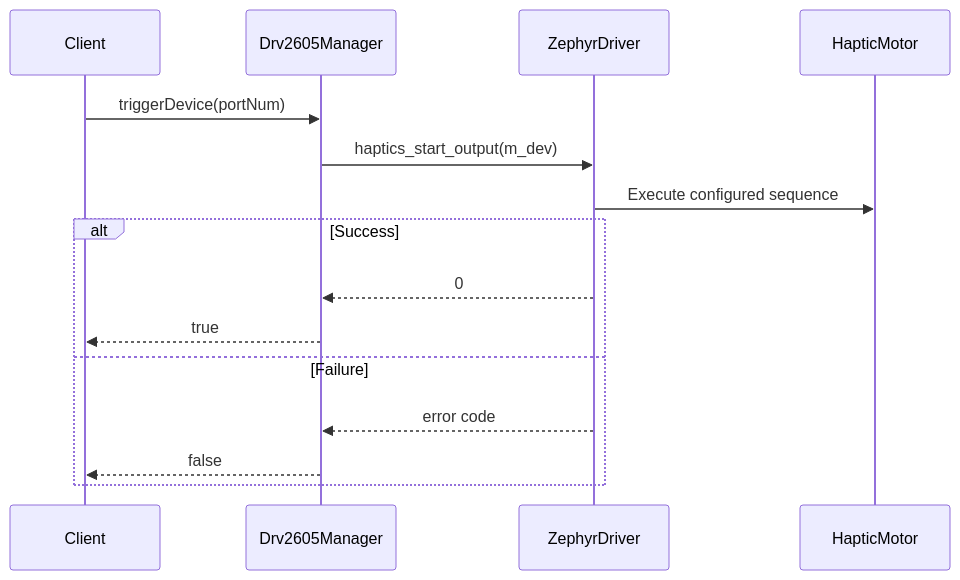
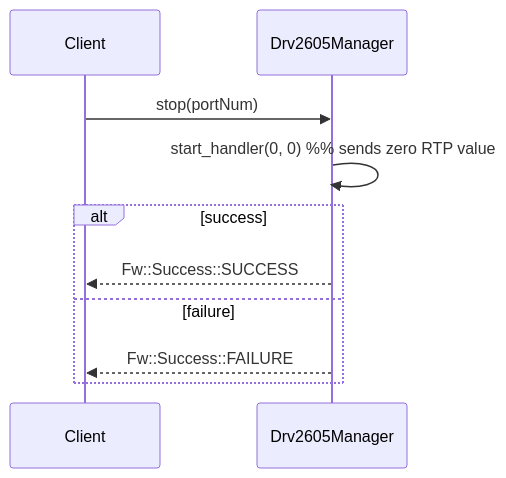
The fourth of 4 diagrams in FprimeZephyrReference/Components/Drv/Drv2605Manager/docs/sdd.md (Open-Source-Space-Foundation/proves-core-reference), drawn with Mermaid before and after one commit. The commit also changed other lines of this file and 4 other files, not shown here.

````diff
--- a/FprimeZephyrReference/Components/Drv/Drv2605Manager/docs/sdd.md
+++ b/FprimeZephyrReference/Components/Drv/Drv2605Manager/docs/sdd.md
@@ -102,18 +159,13 @@
 ```mermaid
 sequenceDiagram
-    participant Client
-    participant Drv2605Manager
-    participant ZephyrDriver
-    participant HapticMotor
+    participant App as Client
+    participant DRV as Drv2605Manager
 
-    Client->>Drv2605Manager: triggerDevice(portNum)
-    Drv2605Manager->>ZephyrDriver: haptics_start_output(m_dev)
-    ZephyrDriver->>HapticMotor: Execute configured sequence
-    alt Success
-        ZephyrDriver-->>Drv2605Manager: 0
-        Drv2605Manager-->>Client: true
-    else Failure
-        ZephyrDriver-->>Drv2605Manager: error code
-        Drv2605Manager-->>Client: false
+    App->>DRV: stop(portNum)
+    DRV->>DRV: start_handler(0, 0)  %% sends zero RTP value
+    alt success
+        DRV-->>App: Fw::Success::SUCCESS
+    else failure
+        DRV-->>App: Fw::Success::FAILURE
     end
 ```
````
